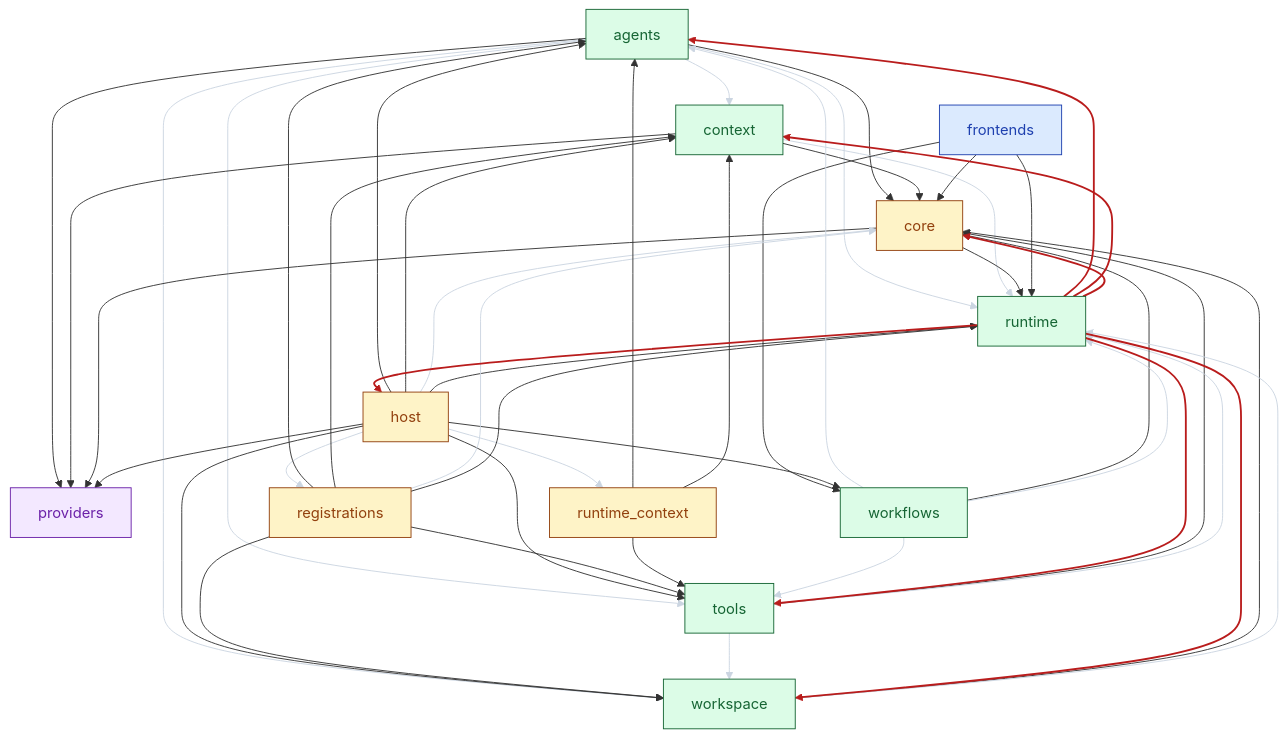
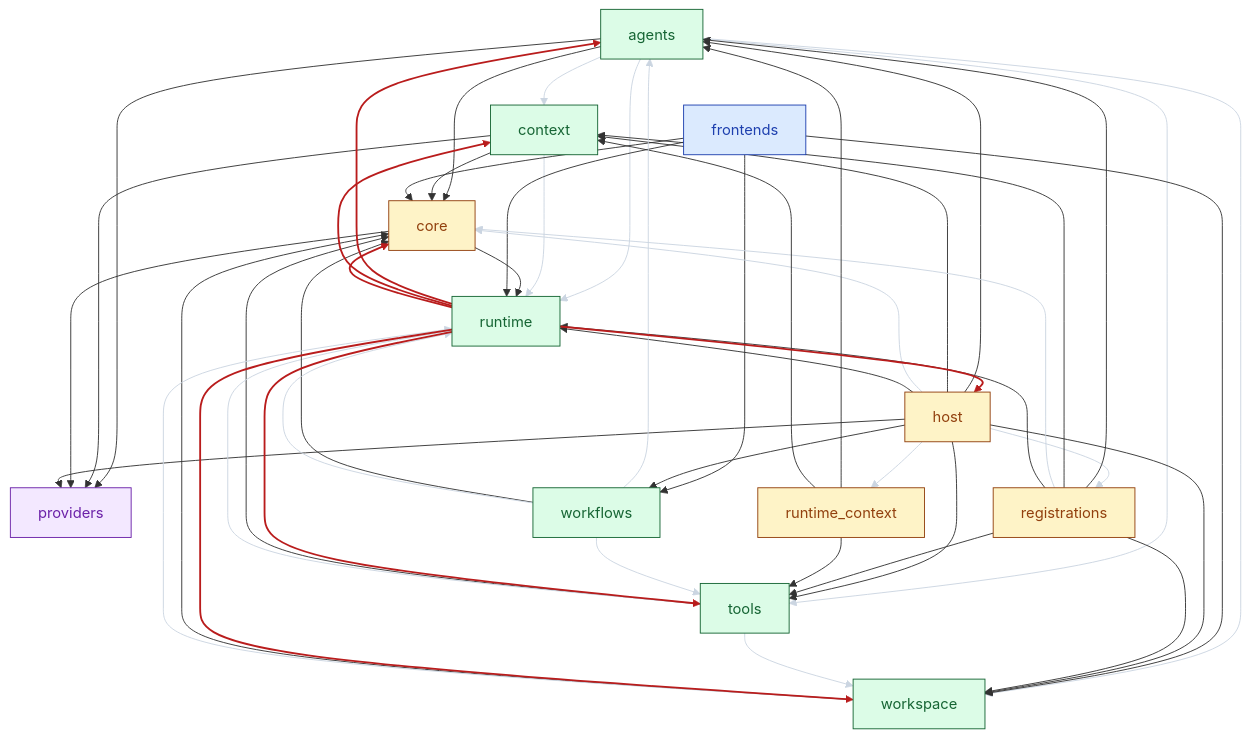
Before and after one commit to liminggao1/CodeFox: the diagram in docs/architecture/deps.mmd, drawn with Mermaid. The commit also changed 17 other files, not shown here.

```diff
--- a/docs/architecture/deps.mmd
+++ b/docs/architecture/deps.mmd
@@ -1,87 +1,88 @@
 graph TD
     classDef 入口 fill:#dbeafe,stroke:#1e40af,color:#1e40af
     classDef 装配 fill:#fef3c7,stroke:#92400e,color:#92400e
     classDef 核心 fill:#dcfce7,stroke:#166534,color:#166534
     classDef 底层 fill:#f3e8ff,stroke:#6b21a8,color:#6b21a8
     classDef 其他 fill:#e2e8f0,stroke:#475569,color:#334155
     agents --> context
     agents --> core
     agents --> providers
     agents --> runtime
     agents --> tools
     agents --> workspace
     context --> core
     context --> providers
     context --> runtime
     core --> providers
     core --> runtime
     frontends --> core
     frontends --> runtime
     frontends --> workflows
+    frontends --> workspace
     host --> agents
     host --> context
     host --> core
     host --> providers
     host --> registrations
     host --> runtime
     host --> runtime_context
     host --> tools
     host --> workflows
     host --> workspace
     registrations --> agents
     registrations --> context
     registrations --> core
     registrations --> runtime
     registrations --> tools
     registrations --> workspace
     runtime_context --> agents
     runtime_context --> context
     runtime_context --> tools
     tools --> core
     tools --> runtime
     tools --> workspace
     workflows --> agents
     workflows --> core
     workflows --> runtime
     workflows --> tools
     workspace --> core
     workspace --> runtime
     runtime --> agents
     runtime --> context
     runtime --> core
     runtime --> host
     runtime --> tools
     runtime --> workspace
     class agents 核心
     class context 核心
     class core 装配
     class frontends 入口
     class host 装配
     class providers 底层
     class registrations 装配
     class runtime 核心
     class runtime_context 装配
     class tools 核心
     class workflows 核心
     class workspace 核心
     linkStyle 0 stroke:#cbd5e1,stroke-width:1px
     linkStyle 3 stroke:#cbd5e1,stroke-width:1px
     linkStyle 4 stroke:#cbd5e1,stroke-width:1px
     linkStyle 5 stroke:#cbd5e1,stroke-width:1px
     linkStyle 8 stroke:#cbd5e1,stroke-width:1px
-    linkStyle 16 stroke:#cbd5e1,stroke-width:1px
-    linkStyle 18 stroke:#cbd5e1,stroke-width:1px
-    linkStyle 20 stroke:#cbd5e1,stroke-width:1px
-    linkStyle 26 stroke:#cbd5e1,stroke-width:1px
-    linkStyle 34 stroke:#cbd5e1,stroke-width:1px
+    linkStyle 17 stroke:#cbd5e1,stroke-width:1px
+    linkStyle 19 stroke:#cbd5e1,stroke-width:1px
+    linkStyle 21 stroke:#cbd5e1,stroke-width:1px
+    linkStyle 27 stroke:#cbd5e1,stroke-width:1px
     linkStyle 35 stroke:#cbd5e1,stroke-width:1px
     linkStyle 36 stroke:#cbd5e1,stroke-width:1px
-    linkStyle 38 stroke:#cbd5e1,stroke-width:1px
+    linkStyle 37 stroke:#cbd5e1,stroke-width:1px
     linkStyle 39 stroke:#cbd5e1,stroke-width:1px
-    linkStyle 41 stroke:#cbd5e1,stroke-width:1px
-    linkStyle 42 stroke:#b91c1c,stroke-width:2px
+    linkStyle 40 stroke:#cbd5e1,stroke-width:1px
+    linkStyle 42 stroke:#cbd5e1,stroke-width:1px
     linkStyle 43 stroke:#b91c1c,stroke-width:2px
     linkStyle 44 stroke:#b91c1c,stroke-width:2px
     linkStyle 45 stroke:#b91c1c,stroke-width:2px
     linkStyle 46 stroke:#b91c1c,stroke-width:2px
     linkStyle 47 stroke:#b91c1c,stroke-width:2px
+    linkStyle 48 stroke:#b91c1c,stroke-width:2px
```
